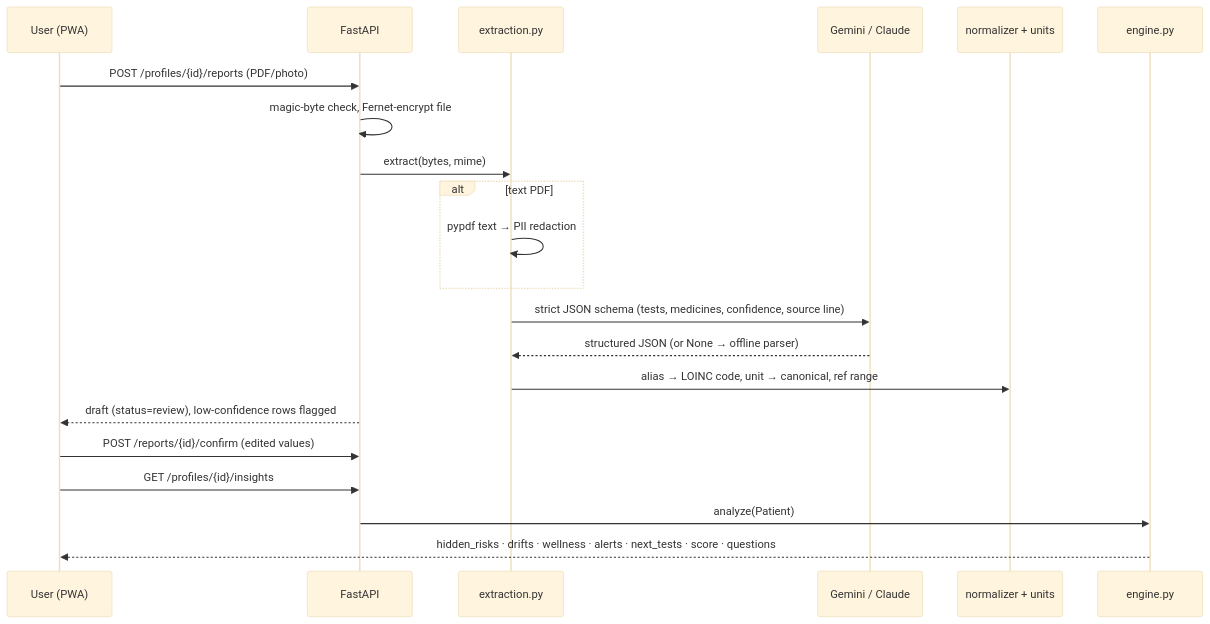
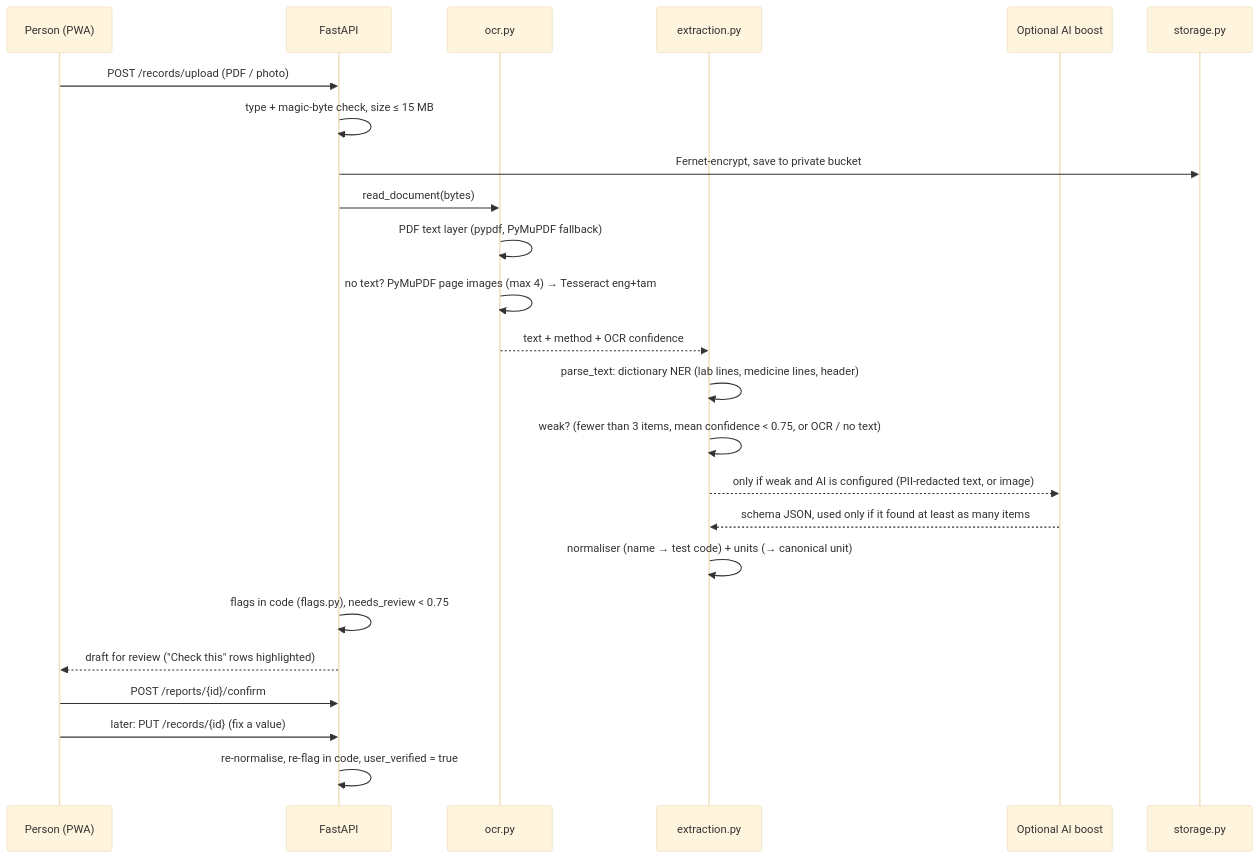
The second of 2 diagrams in docs/ARCHITECTURE.md (vijayavani27-AI/doc-doctor-on-call), drawn with Mermaid (base theme) before and after one commit. The commit also changed other lines of this file and 115 other files, not shown here.

````diff
--- a/docs/ARCHITECTURE.md
+++ b/docs/ARCHITECTURE.md
@@ -4,23 +30,26 @@
 ```mermaid
 sequenceDiagram
-  participant U as User (PWA)
+  participant U as Person (PWA)
   participant API as FastAPI
+  participant O as ocr.py
   participant X as extraction.py
-  participant AI as Gemini / Claude
-  participant N as normalizer + units
-  participant E as engine.py
-  U->>API: POST /profiles/{id}/reports (PDF/photo)
-  API->>API: magic-byte check, Fernet-encrypt file
-  API->>X: extract(bytes, mime)
-  alt text PDF
-    X->>X: pypdf text → PII redaction
-  end
-  X->>AI: strict JSON schema (tests, medicines, confidence, source line)
-  AI-->>X: structured JSON (or None → offline parser)
-  X->>N: alias → LOINC code, unit → canonical, ref range
-  API-->>U: draft (status=review), low-confidence rows flagged
-  U->>API: POST /reports/{id}/confirm (edited values)
-  U->>API: GET /profiles/{id}/insights
-  API->>E: analyze(Patient)
-  E-->>U: hidden_risks · drifts · wellness · alerts · next_tests · score · questions
+  participant AI as Optional AI boost
+  participant S as storage.py
+  U->>API: POST /records/upload (PDF / photo)
+  API->>API: type + magic-byte check, size ≤ 15 MB
+  API->>S: Fernet-encrypt, save to private bucket
+  API->>O: read_document(bytes)
+  O->>O: PDF text layer (pypdf, PyMuPDF fallback)
+  O->>O: no text? PyMuPDF page images (max 4) → Tesseract eng+tam
+  O-->>X: text + method + OCR confidence
+  X->>X: parse_text: dictionary NER (lab lines, medicine lines, header)
+  X->>X: weak? (fewer than 3 items, mean confidence < 0.75, or OCR / no text)
+  X-->>AI: only if weak and AI is configured (PII-redacted text, or image)
+  AI-->>X: schema JSON, used only if it found at least as many items
+  X->>X: normaliser (name → test code) + units (→ canonical unit)
+  API->>API: flags in code (flags.py), needs_review < 0.75
+  API-->>U: draft for review ("Check this" rows highlighted)
+  U->>API: POST /reports/{id}/confirm
+  U->>API: later: PUT /records/{id} (fix a value)
+  API->>API: re-normalise, re-flag in code, user_verified = true
 ```
````
